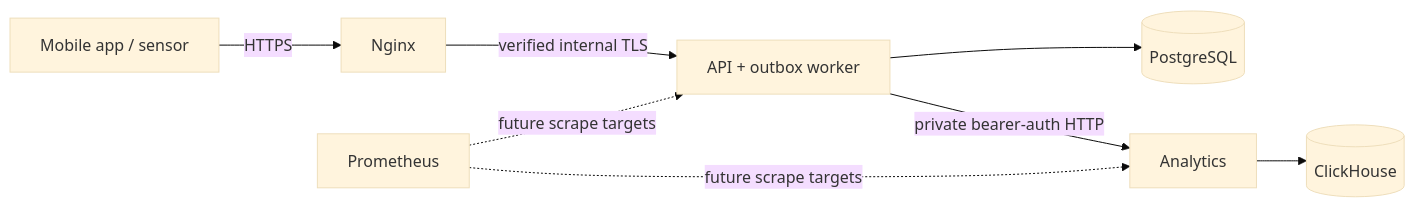
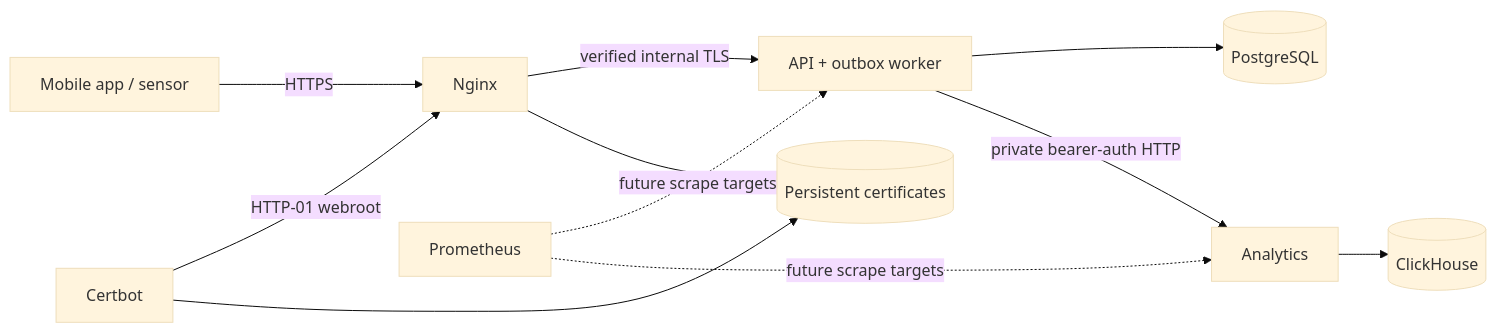
Before and after one commit to vladgrskkh/machine-whisperer: the diagram in docs/superpowers/specs/2026-11-24-server-runtime-design.md, drawn with Mermaid (base theme). The commit also changed other lines of this file and 1 other file, not shown here.

Commit message:
docs: plan Certbot TLS deployment

````diff
--- a/docs/superpowers/specs/2026-11-24-server-runtime-design.md
+++ b/docs/superpowers/specs/2026-11-24-server-runtime-design.md
@@ -64,10 +71,13 @@
 ```mermaid
 flowchart LR
   client[Mobile app / sensor] -->|HTTPS| nginx[Nginx]
   nginx -->|verified internal TLS| api[API + outbox worker]
+  certbot[Certbot] -->|HTTP-01 webroot| nginx
+  certbot --> certs[(Persistent certificates)]
+  nginx --> certs
   api --> pg[(PostgreSQL)]
   api -->|private bearer-auth HTTP| analytics[Analytics]
   analytics --> ch[(ClickHouse)]
   prom[Prometheus] -. future scrape targets .-> api
   prom -. future scrape targets .-> analytics
 ```
````
